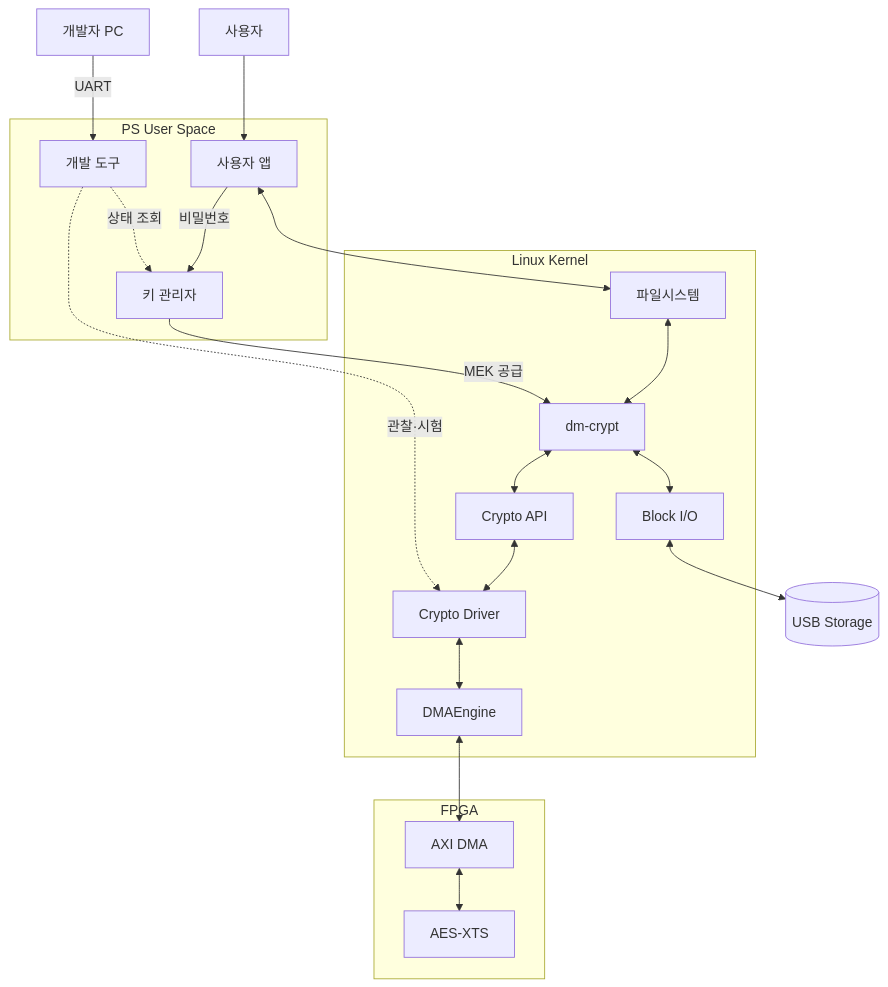
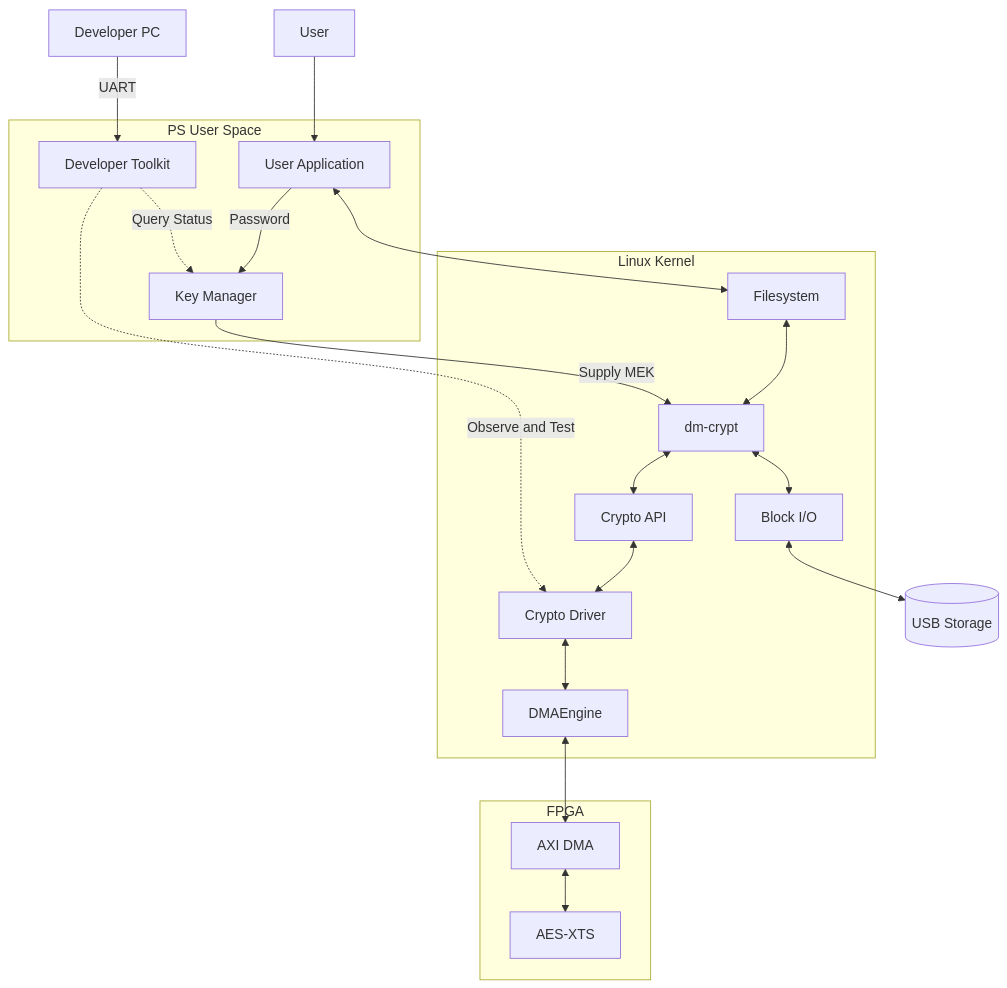
One commit to twotwoship/Assignment_Collection changed the first of 4 diagrams in fpga_base_secure_storage_controller_datapath_proto/README.md. Above: the diagram before and after it, drawn with Mermaid. The commit also changed other lines of this file and 17 other files, not shown here.

````diff
--- a/fpga_base_secure_storage_controller_datapath_proto/README.md
+++ b/fpga_base_secure_storage_controller_datapath_proto/README.md
@@ -84,38 +87,38 @@
 ```mermaid
 flowchart TB
-    USER["사용자"]
-    DEV["개발자 PC"]
+    USER["User"]
+    DEV["Developer PC"]
     subgraph US["PS User Space"]
-        APP["사용자 앱"]
-        KM["키 관리자"]
-        DIAG["개발 도구"]
+        APP["User Application"]
+        KM["Key Manager"]
+        DIAG["Developer Toolkit"]
     end
     subgraph KS["Linux Kernel"]
-        FS["파일시스템"]
+        FS["Filesystem"]
         DM["dm-crypt"]
         API["Crypto API"]
         DRV["Crypto Driver"]
         DE["DMAEngine"]
         IO["Block I/O"]
     end
     subgraph PL["FPGA"]
         DMA["AXI DMA"]
         XTS["AES-XTS"]
     end
     DISK[("USB Storage")]
     USER --> APP
-    APP -->|"비밀번호"| KM
+    APP -->|"Password"| KM
     DEV -->|"UART"| DIAG
     APP <--> FS
     FS <--> DM
     DM <--> API
     API <--> DRV
     DRV <--> DE
     DE <--> DMA
     DMA <--> XTS
     DM <--> IO
     IO <--> DISK
-    KM -->|"MEK 공급"| DM
-    DIAG -.->|"관찰·시험"| DRV
-    DIAG -.->|"상태 조회"| KM
+    KM -->|"Supply MEK"| DM
+    DIAG -.->|"Observe and Test"| DRV
+    DIAG -.->|"Query Status"| KM
 ```
````
